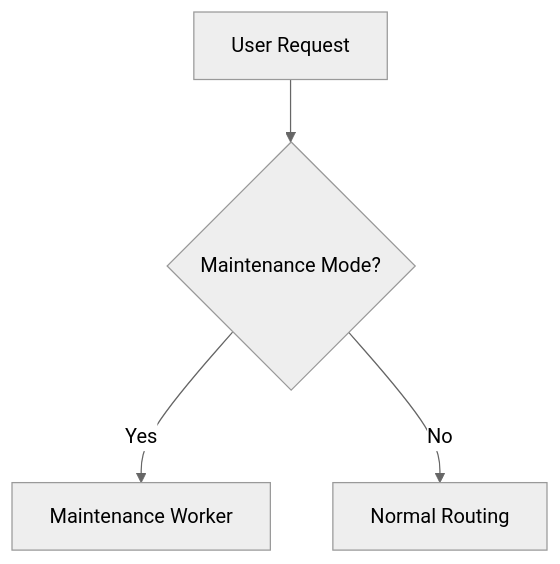
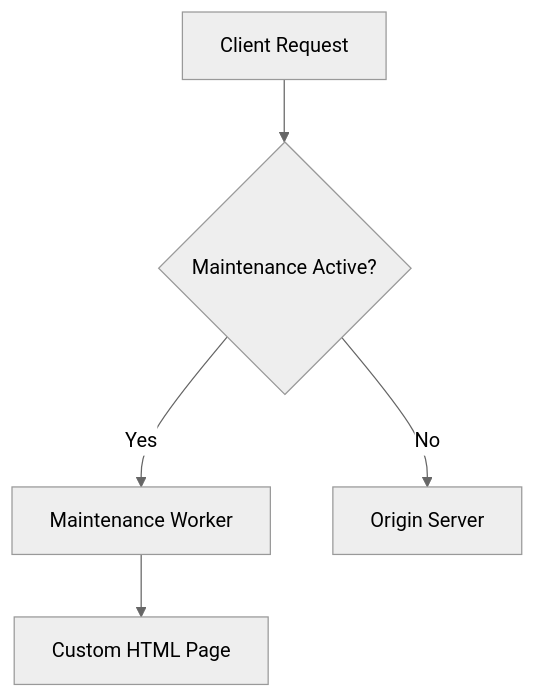
One commit to thomasvincent/terraform-cloudflare-maintenance changed the diagram in README.md. Above: the diagram before and after it, drawn with Mermaid (neutral theme). The commit also changed other lines of this file, not shown here.

````diff
--- a/README.md
+++ b/README.md
@@ -24,6 +44,7 @@
 ```mermaid
 graph TD
-    A[User Request] --> B{Maintenance Mode?}
+    A[Client Request] --> B{Maintenance Active?}
     B -->|Yes| C[Maintenance Worker]
-    B -->|No| D[Normal Routing]
+    B -->|No| D[Origin Server]
+    C --> E[Custom HTML Page]
 ```
````
